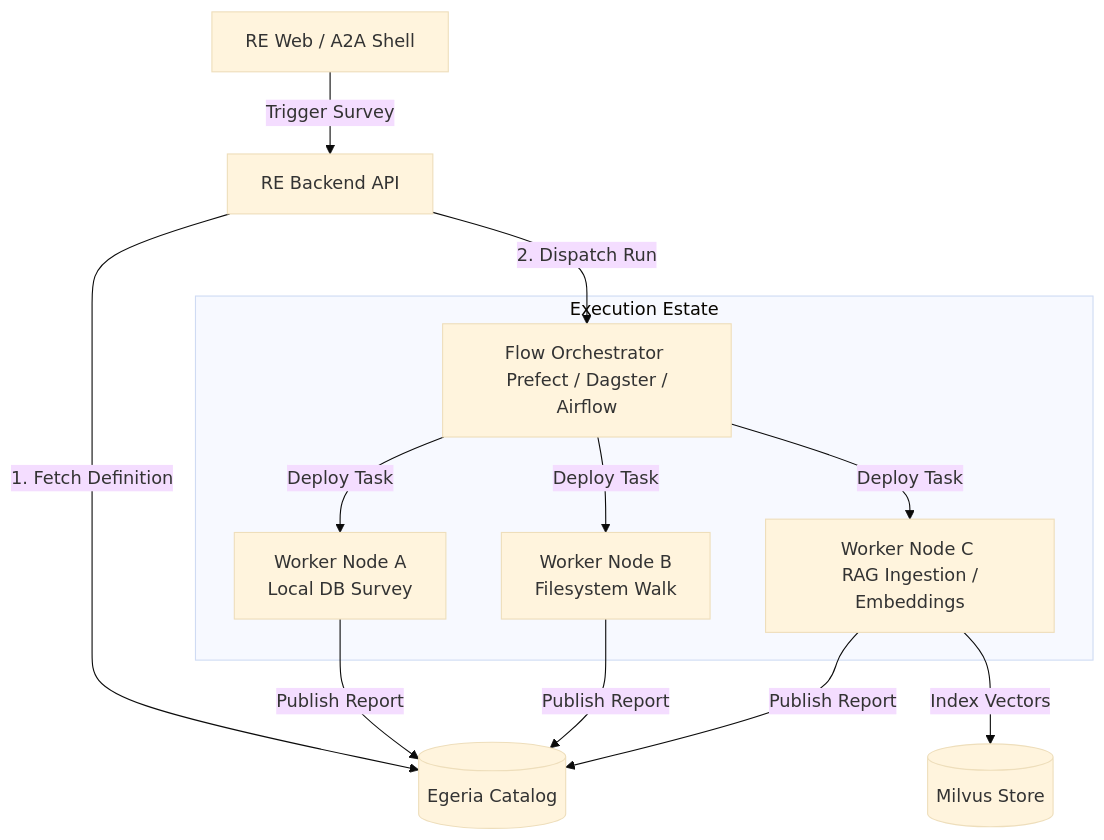
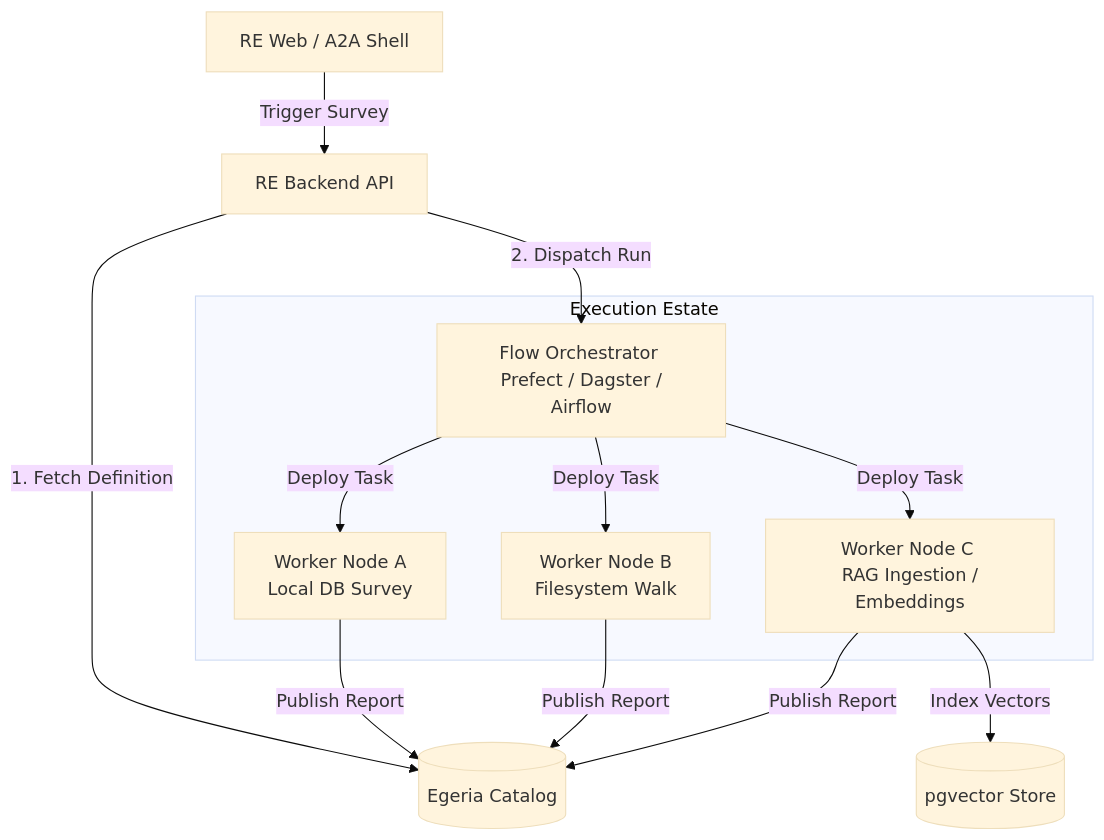
One commit to dwolfson/trellis changed the first of 3 diagrams in packages/resource-explorer/docs/distributed-survey-orchestration.md. Above: the diagram before and after it, drawn with Mermaid (base theme). The commit also changed 44 other files, not shown here.

````diff
--- a/packages/resource-explorer/docs/distributed-survey-orchestration.md
+++ b/packages/resource-explorer/docs/distributed-survey-orchestration.md
@@ -34,17 +34,17 @@
 ```mermaid
 graph TD
     RE_Web[RE Web / A2A Shell] -->|Trigger Survey| RE_App[RE Backend API]
     RE_App -->|1. Fetch Definition| Egeria[(Egeria Catalog)]
     RE_App -->|2. Dispatch Run| Flow_Orch[Flow Orchestrator <br> Prefect / Dagster / Airflow]
     
     subgraph Execution Estate
         Flow_Orch -->|Deploy Task| Worker_A[Worker Node A <br> Local DB Survey]
         Flow_Orch -->|Deploy Task| Worker_B[Worker Node B <br> Filesystem Walk]
         Flow_Orch -->|Deploy Task| Worker_C[Worker Node C <br> RAG Ingestion / Embeddings]
     end
     
     Worker_A -->|Publish Report| Egeria
     Worker_B -->|Publish Report| Egeria
     Worker_C -->|Publish Report| Egeria
-    Worker_C -->|Index Vectors| Milvus[(Milvus Store)]
+    Worker_C -->|Index Vectors| PgVector[(pgvector Store)]
 ```
````
